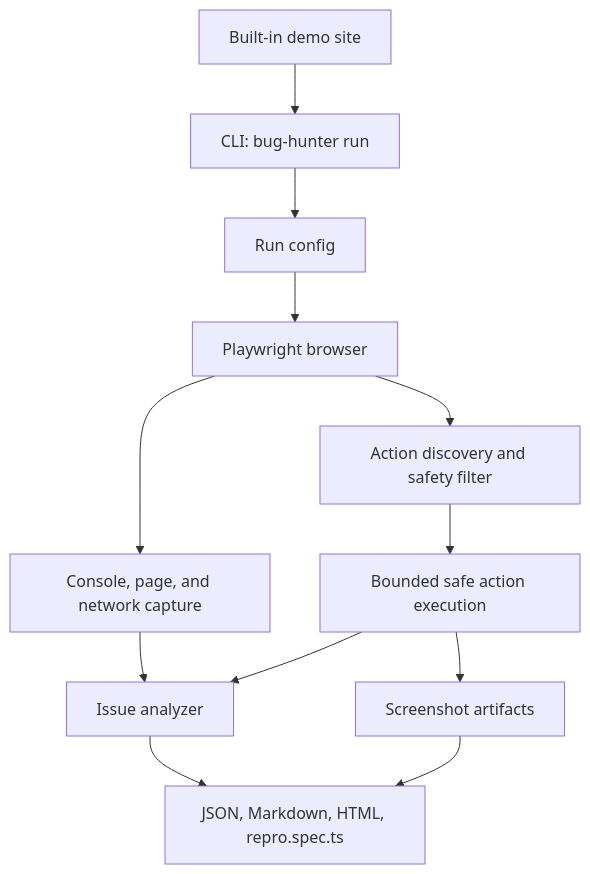
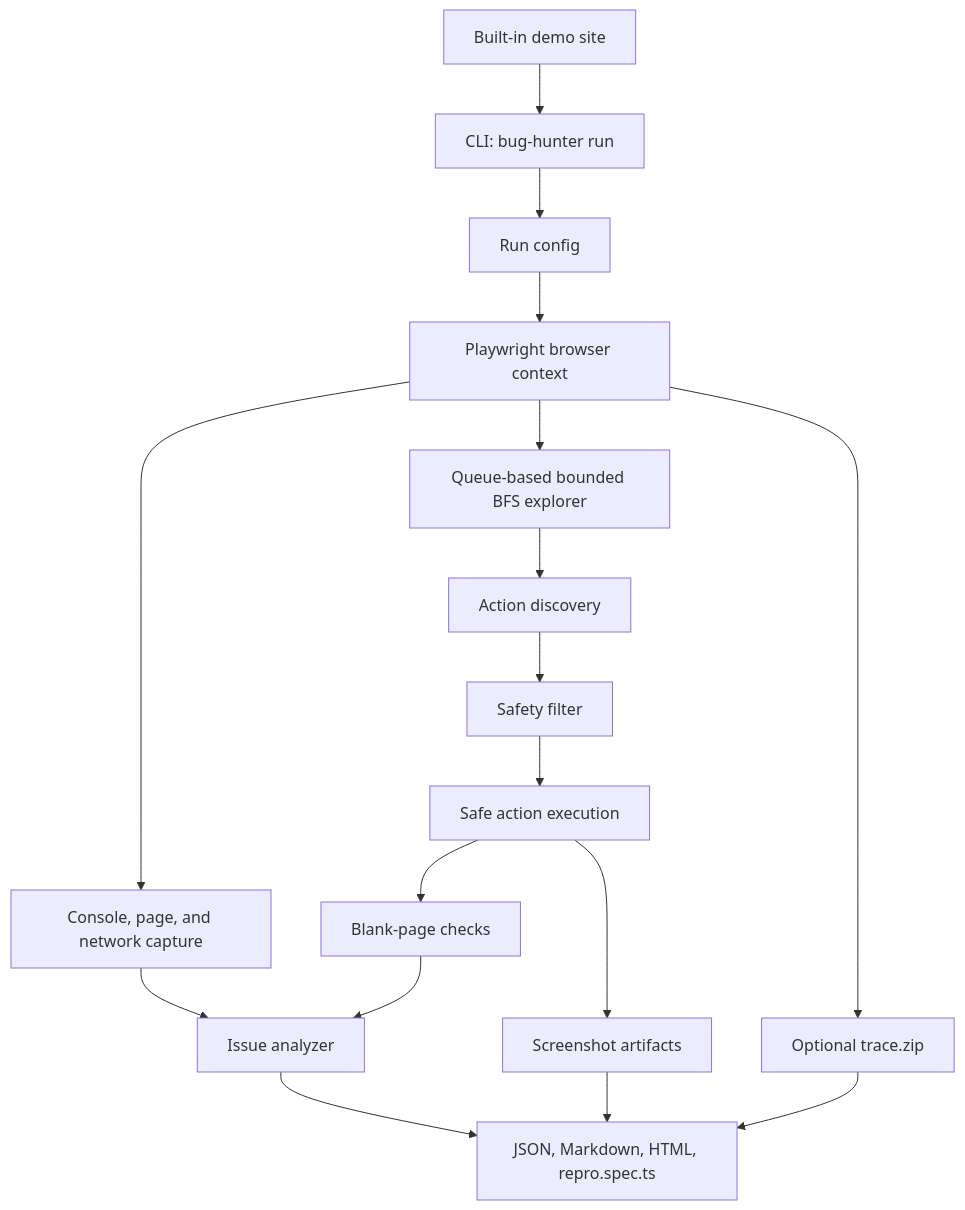
One commit to yu830/bug-hunter-replay changed the diagram in README.md. Above: the diagram before and after it, drawn with Mermaid. The commit also changed other lines of this file and 18 other files, not shown here.

````diff
--- a/README.md
+++ b/README.md
@@ -84,14 +119,19 @@
 ```mermaid
 flowchart TD
   CLI[CLI: bug-hunter run] --> Config[Run config]
-  Config --> Browser[Playwright browser]
-  Browser --> Discovery[Action discovery and safety filter]
-  Discovery --> Executor[Bounded safe action execution]
+  Config --> Browser[Playwright browser context]
+  Browser --> Trace[Optional trace.zip]
+  Browser --> Explorer[Queue-based bounded BFS explorer]
+  Explorer --> Discovery[Action discovery]
+  Discovery --> Safety[Safety filter]
+  Safety --> Executor[Safe action execution]
   Browser --> Recorder[Console, page, and network capture]
   Executor --> Screenshots[Screenshot artifacts]
+  Executor --> Blank[Blank-page checks]
   Recorder --> Analyzer[Issue analyzer]
-  Executor --> Analyzer
+  Blank --> Analyzer
   Analyzer --> Reports[JSON, Markdown, HTML, repro.spec.ts]
   Screenshots --> Reports
+  Trace --> Reports
   Demo[Built-in demo site] --> CLI
 ```
````
